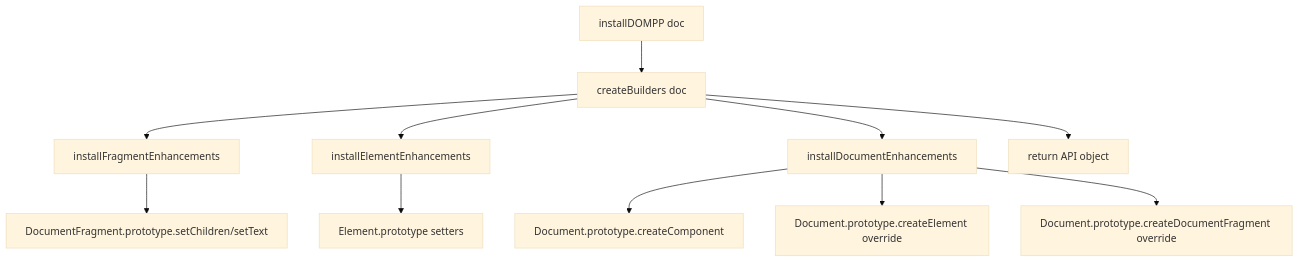
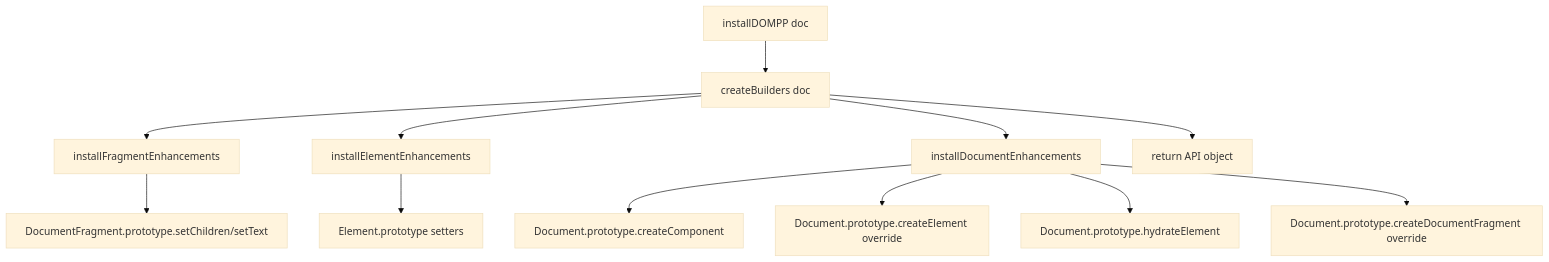
The first of 5 diagrams in docs/enhancement.md (dimaspandu/dompp), drawn with Mermaid (base theme) before and after one commit. The commit also changed other lines of this file and 2 other files, not shown here.

First line of the commit message:
docs: document hydrateElement and updated createElement routing

````diff
--- a/docs/enhancement.md
+++ b/docs/enhancement.md
@@ -5,13 +5,14 @@
 ```mermaid
 flowchart TD
     A[installDOMPP doc] --> B[createBuilders doc]
     B --> C[installFragmentEnhancements]
     B --> D[installElementEnhancements]
     B --> E[installDocumentEnhancements]
     C --> F[DocumentFragment.prototype.setChildren/setText]
     D --> G[Element.prototype setters]
     E --> H[Document.prototype.createComponent]
     E --> I[Document.prototype.createElement override]
-    E --> J[Document.prototype.createDocumentFragment override]
-    B --> K[return API object]
+    E --> J[Document.prototype.hydrateElement]
+    E --> K[Document.prototype.createDocumentFragment override]
+    B --> L[return API object]
 ```
````
